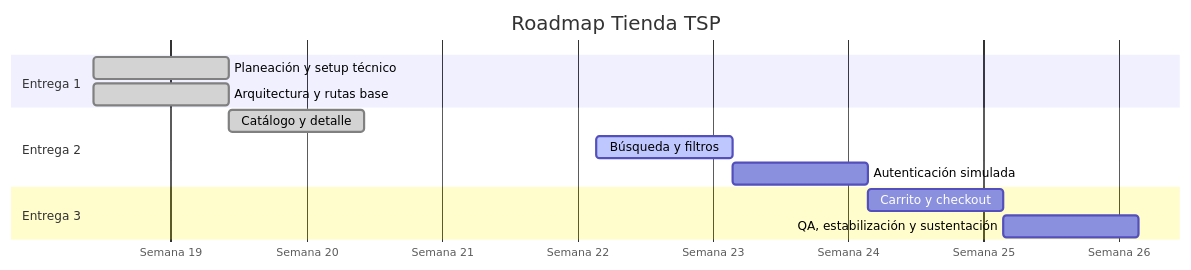
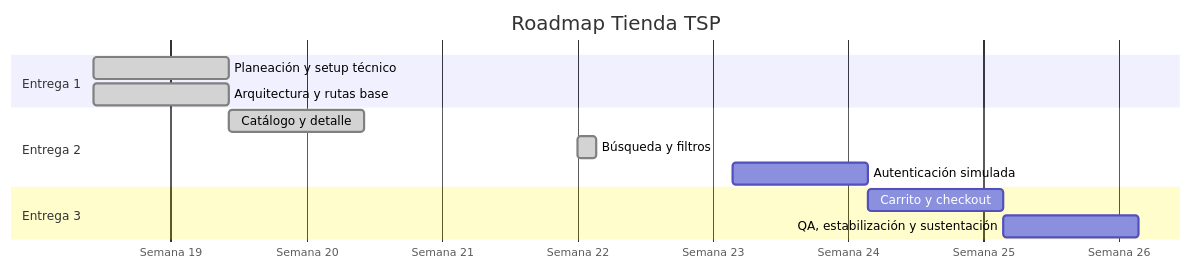
Before and after one commit to andresfccy/poli-tsp: the first of 2 diagrams in docs/roadmap/index.md, drawn with Mermaid. The commit also changed other lines of this file and 13 other files, not shown here.

````diff
--- a/docs/roadmap/index.md
+++ b/docs/roadmap/index.md
@@ -5,16 +5,16 @@
 ```mermaid
 gantt
   title Roadmap Tienda TSP
   dateFormat  YYYY-MM-DD
   axisFormat  Semana %W
   section Entrega 1
   Planeación y setup técnico        :done,    s1, 2026-05-13, 7d
   Arquitectura y rutas base         :done,    s1b, 2026-05-13, 7d
   section Entrega 2
   Catálogo y detalle                :done,    s2, 2026-05-20, 7d
-  Búsqueda y filtros                :active,  s3, 2026-06-08, 7d
+  Búsqueda y filtros                :done,    s3, 2026-06-07, 1d
   Autenticación simulada            :         s4, 2026-06-15, 7d
   section Entrega 3
   Carrito y checkout                :         s5, 2026-06-22, 7d
   QA, estabilización y sustentación :         s6, 2026-06-29, 7d
 ```
````
